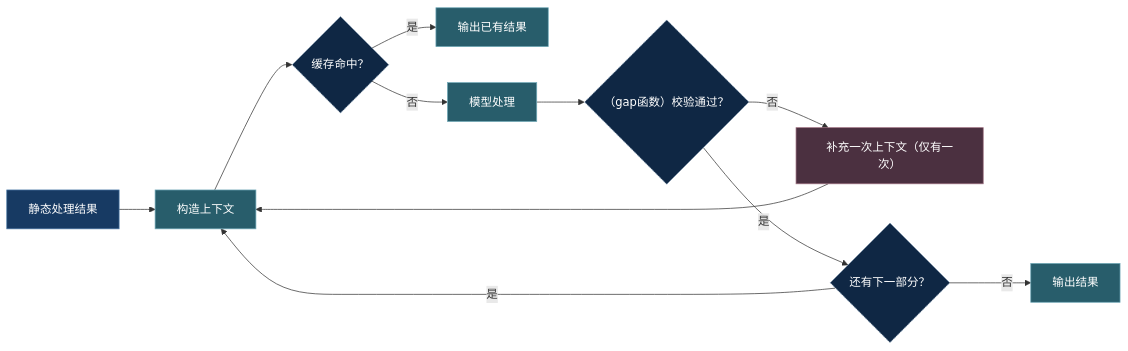
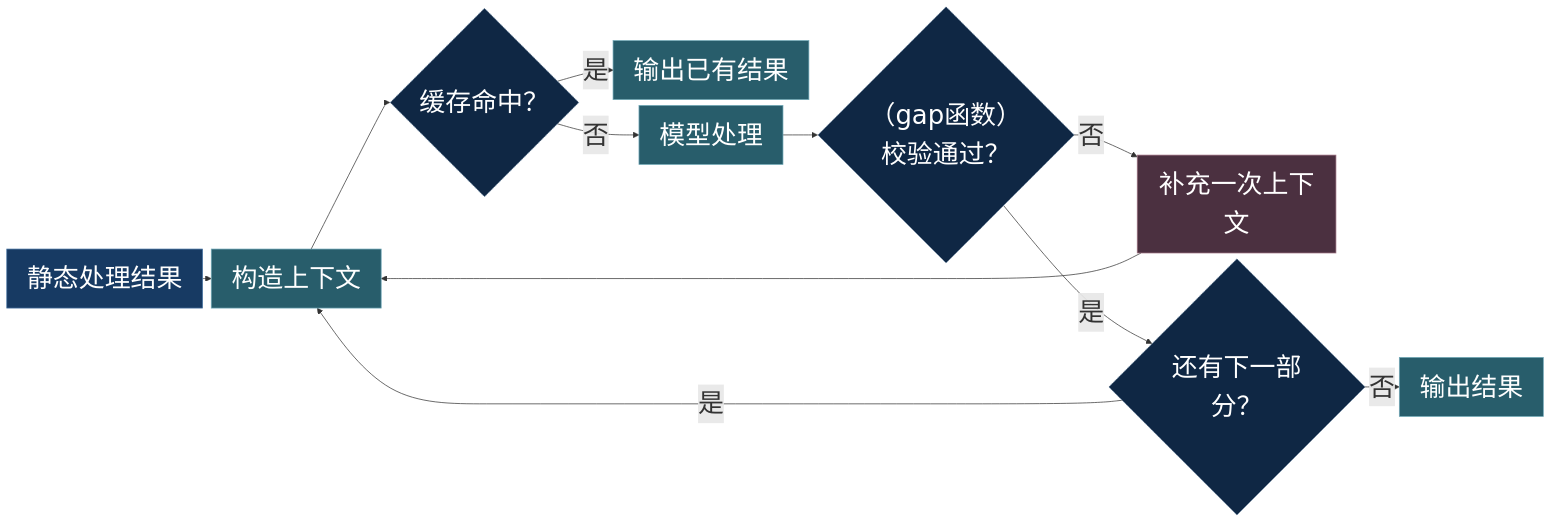
Before and after one commit to kane0204/CodeLens: the second of 3 diagrams in docs/slides/slides.md, drawn with Mermaid. The commit also changed other lines of this file, not shown here.

````diff
--- a/docs/slides/slides.md
+++ b/docs/slides/slides.md
@@ -221,27 +371,27 @@
 ```mermaid
-%%{init: {"themeVariables": {"fontSize": "16px"}}}%%
+%%{init: {"themeVariables": {"fontSize": "36px"}, "flowchart": {"padding": 14, "nodeSpacing": 8, "rankSpacing": 12, "minNodeWidth": 220, "wrappingWidth": 220}}}%%
 flowchart LR
     A["静态处理结果"] --> C["构造上下文"]
     C --> B{"缓存命中？"}
 
     B -- "是" --> R["输出已有结果"]
     B -- "否" --> D["模型处理"]
     D --> E{"（gap函数）校验通过？"}
 
-    E -- "否" --> F["补充一次上下文（仅有一次）"]
+    E -- "否" --> F["补充一次上下文"]
     F --> C
     E -- "是" --> G{"还有下一部分？"}
 
     G -- "是" --> C
     G -- "否" --> H["输出结果"]
 
     classDef input fill:#173a63,stroke:#4b78a6,color:#fff;
     classDef decision fill:#0f2744,stroke:#7895b2,stroke-dasharray:4 3,color:#fff;
     classDef repair fill:#4b3040,stroke:#9f7282,color:#fff;
     classDef output fill:#285d6b,stroke:#71a9b8,color:#fff;
 
     class A input;
     class B,E,G decision;
     class F repair;
     class C,D,H,R output;
 ```
````
